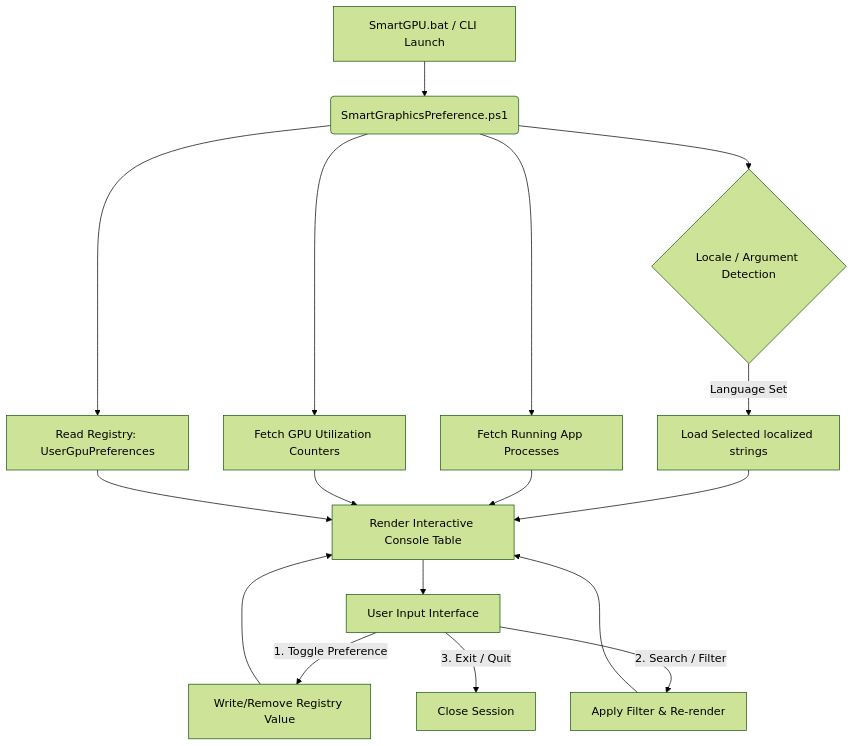
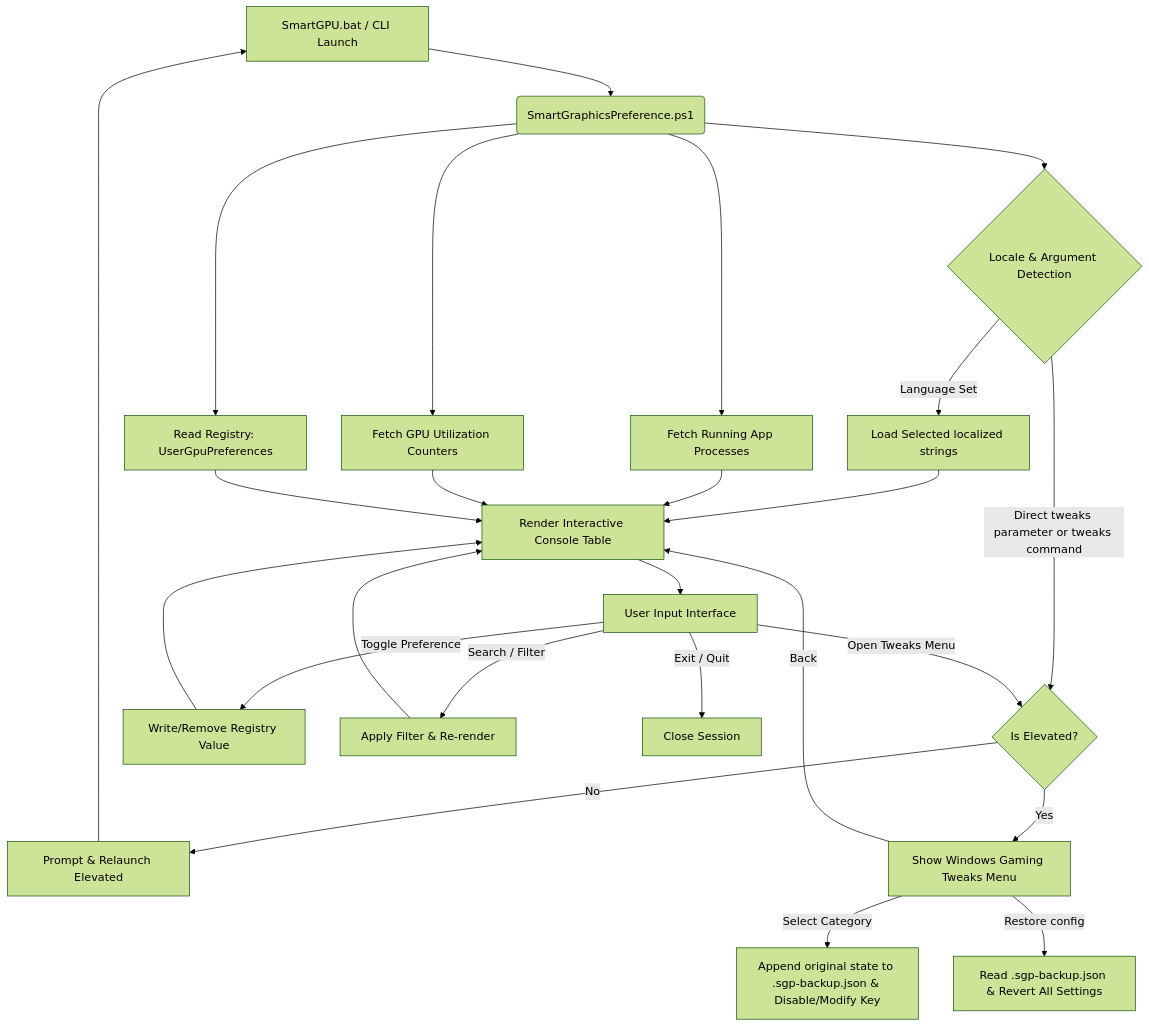
The diagram in ARCHITECTURE.md (veropton/Windows-GPU-Preference-Manager), drawn with Mermaid (forest theme) before and after one commit. The commit also changed other lines of this file and 6 other files, not shown here.

Commit message:
feat: implement Windows Gaming Tweaks menu and parameter entry

````diff
--- a/ARCHITECTURE.md
+++ b/ARCHITECTURE.md
@@ -6,16 +6,29 @@
 ```mermaid
 graph TD
     A[SmartGPU.bat / CLI Launch] --> B(SmartGraphicsPreference.ps1)
-    B --> C{Locale / Argument Detection}
+    B --> C{Locale & Argument Detection}
     C -->|Language Set| D[Load Selected localized strings]
+    
+    C -->|Direct tweaks parameter or tweaks command| M{Is Elevated?}
+    M -->|No| N[Prompt & Relaunch Elevated]
+    N --> A
+    M -->|Yes| O[Show Windows Gaming Tweaks Menu]
+    
     B --> E[Fetch Running App Processes]
     B --> F[Fetch GPU Utilization Counters]
     B --> G[Read Registry: UserGpuPreferences]
     D & E & F & G --> H[Render Interactive Console Table]
+    
     H --> I[User Input Interface]
-    I -->|1. Toggle Preference| J[Write/Remove Registry Value]
-    I -->|2. Search / Filter| K[Apply Filter & Re-render]
-    I -->|3. Exit / Quit| L[Close Session]
+    I -->|Toggle Preference| J[Write/Remove Registry Value]
+    I -->|Search / Filter| K[Apply Filter & Re-render]
+    I -->|Open Tweaks Menu| M
+    I -->|Exit / Quit| L[Close Session]
+    
+    O -->|Select Category| P[Append original state to .sgp-backup.json & Disable/Modify Key]
+    O -->|Restore config| Q[Read .sgp-backup.json & Revert All Settings]
+    O -->|Back| H
+    
     J --> H
     K --> H
 ```
````
